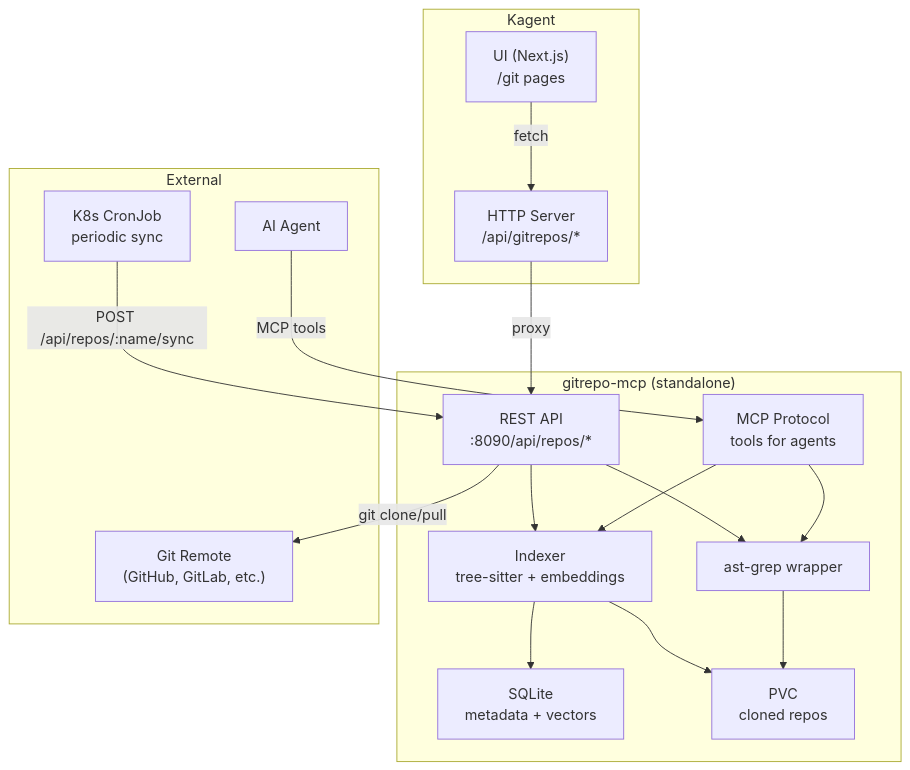
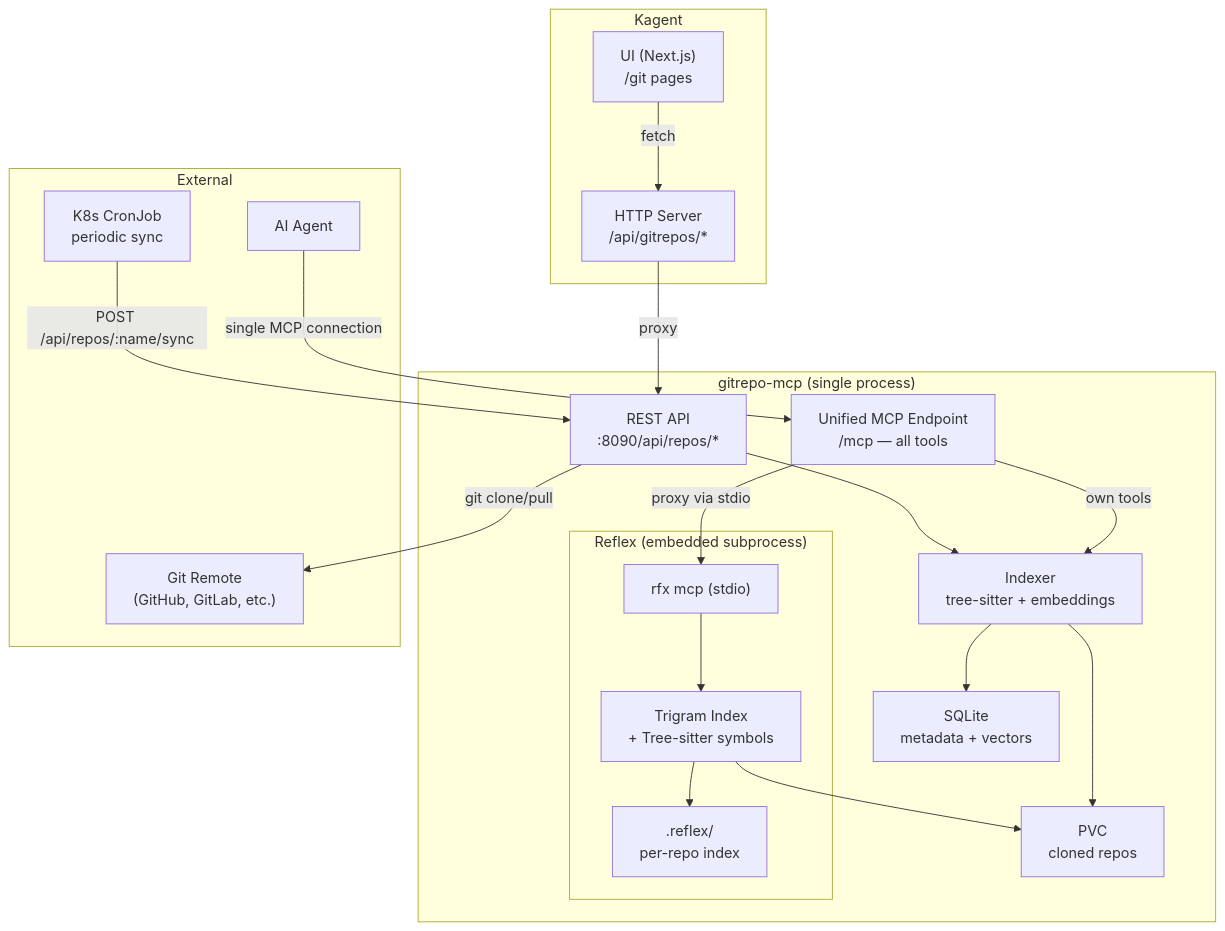
Before and after one commit to kagent-dev/kagent: the diagram in specs/git-repos-api-ui/design.md, drawn with Mermaid. The commit also changed other lines of this file and 44 other files, not shown here.

````diff
--- a/specs/git-repos-api-ui/design.md
+++ b/specs/git-repos-api-ui/design.md
@@ -44,35 +47,41 @@
 ```mermaid
 graph TB
     subgraph "Kagent"
         UI["UI (Next.js)<br/>/git pages"]
         API["HTTP Server<br/>/api/gitrepos/*"]
     end
 
-    subgraph "gitrepo-mcp (standalone)"
+    subgraph "gitrepo-mcp (single process)"
         REST["REST API<br/>:8090/api/repos/*"]
-        MCP["MCP Protocol<br/>tools for agents"]
+        MCP["Unified MCP Endpoint<br/>/mcp — all tools"]
         IDX["Indexer<br/>tree-sitter + embeddings"]
-        AST["ast-grep wrapper"]
         DB["SQLite<br/>metadata + vectors"]
         PVC["PVC<br/>cloned repos"]
+
+        subgraph "Reflex (embedded subprocess)"
+            RFXPROC["rfx mcp (stdio)"]
+            RFXIDX["Trigram Index<br/>+ Tree-sitter symbols"]
+            RFXDB[".reflex/<br/>per-repo index"]
+        end
     end
 
     subgraph "External"
         GIT["Git Remote<br/>(GitHub, GitLab, etc.)"]
         CRON["K8s CronJob<br/>periodic sync"]
         AGENT["AI Agent"]
     end
 
     UI -->|fetch| API
     API -->|proxy| REST
-    AGENT -->|MCP tools| MCP
+    AGENT -->|single MCP connection| MCP
+    MCP -->|own tools| IDX
+    MCP -->|proxy via stdio| RFXPROC
+    RFXPROC --> RFXIDX
+    RFXIDX --> RFXDB
+    RFXIDX --> PVC
     REST --> IDX
-    REST --> AST
-    MCP --> IDX
-    MCP --> AST
     IDX --> DB
     IDX --> PVC
-    AST --> PVC
     CRON -->|POST /api/repos/:name/sync| REST
     REST -->|git clone/pull| GIT
 ```
````
